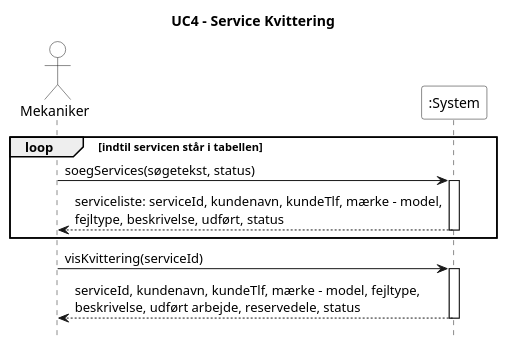
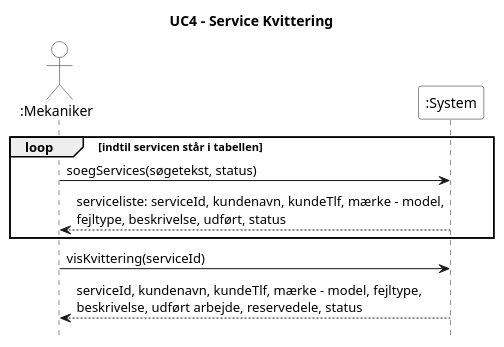
The diagram in 4. System Sekvens Diagram/UC4_service_kvittering.puml (Zoabz/Getting-Real), drawn with PlantUML before and after one commit. The commit also changed 8 other files, not shown here.

```diff
--- a/4. System Sekvens Diagram/UC4_service_kvittering.puml
+++ b/4. System Sekvens Diagram/UC4_service_kvittering.puml
@@ -1,27 +1,27 @@
 @startuml
 title UC4 - Service Kvittering
 hide footbox
 skinparam monochrome true
 skinparam shadowing false
 skinparam backgroundColor white
 skinparam actor {
   BackgroundColor white
 }
 skinparam participant {
   BackgroundColor white
 }
 
-actor Mekaniker
+actor ":Mekaniker"
 participant ":System" as System
 
 loop indtil servicen står i tabellen
-  Mekaniker -> System : soegServices(søgetekst, status)
-  activate System
-  System --> Mekaniker : serviceliste: serviceId, kundenavn, kundeTlf, mærke - model,\nfejltype, beskrivelse, udført, status
-  deactivate System
+  ":Mekaniker" -> System : soegServices(søgetekst, status)
+  
+  System --> ":Mekaniker" : serviceliste: serviceId, kundenavn, kundeTlf, mærke - model,\nfejltype, beskrivelse, udført, status
+  
 end
-Mekaniker -> System : visKvittering(serviceId)
-activate System
-System --> Mekaniker : serviceId, kundenavn, kundeTlf, mærke - model, fejltype,\nbeskrivelse, udført arbejde, reservedele, status
-deactivate System
+":Mekaniker" -> System : visKvittering(serviceId)
+
+System --> ":Mekaniker" : serviceId, kundenavn, kundeTlf, mærke - model, fejltype,\nbeskrivelse, udført arbejde, reservedele, status
+
 @enduml
```
